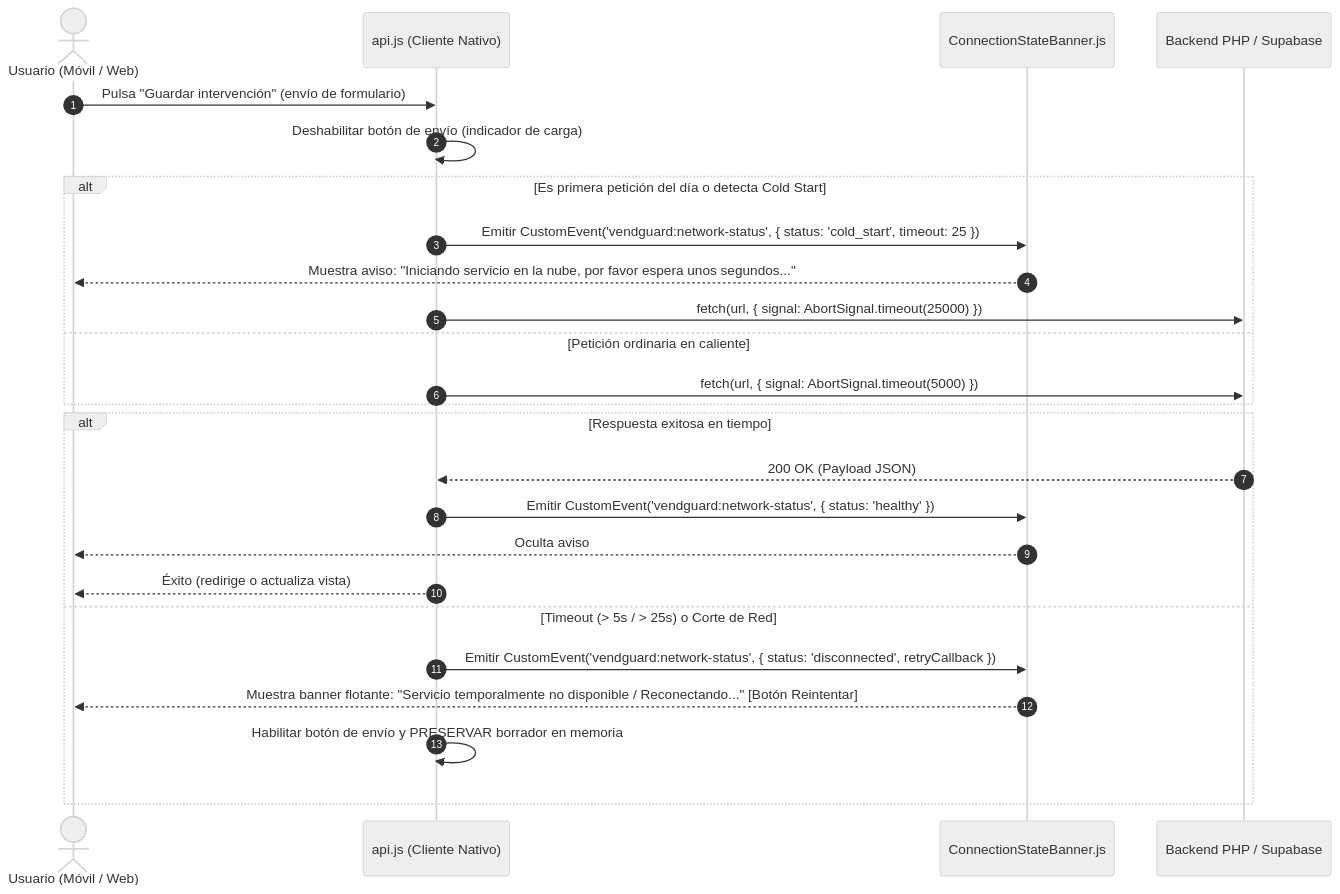
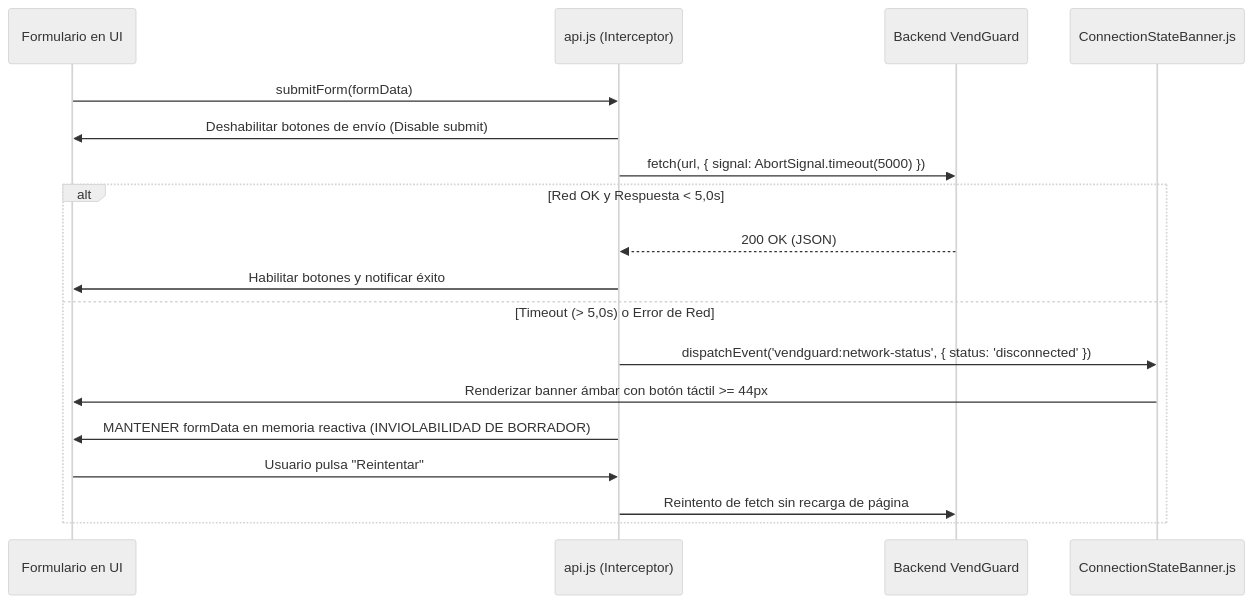
One commit to Rugsoft/VendGuard changed the second of 3 diagrams in specs/12-hybrid-supabase-migration/plan.md. Above: the diagram before and after it, drawn with Mermaid (neutral theme). The commit also changed other lines of this file and 2 other files, not shown here.

````diff
--- a/specs/12-hybrid-supabase-migration/plan.md
+++ b/specs/12-hybrid-supabase-migration/plan.md
@@ -191,29 +203,21 @@
 ```mermaid
 sequenceDiagram
-    autonumber
-    actor User as Usuario (Móvil / Web)
-    participant Client as api.js (Cliente Nativo)
+    participant UI as Formulario en UI
+    participant API as api.js (Interceptor)
+    participant Server as Backend VendGuard
     participant Banner as ConnectionStateBanner.js
-    participant Server as Backend PHP / Supabase
 
-    User->>Client: Pulsa "Guardar intervención" (envío de formulario)
-    Client->>Client: Deshabilitar botón de envío (indicador de carga)
-    alt Es primera petición del día o detecta Cold Start
-        Client->>Banner: Emitir CustomEvent('vendguard:network-status', { status: 'cold_start', timeout: 25 })
-        Banner-->>User: Muestra aviso: "Iniciando servicio en la nube, por favor espera unos segundos..."
-        Client->>Server: fetch(url, { signal: AbortSignal.timeout(25000) })
-    else Petición ordinaria en caliente
-        Client->>Server: fetch(url, { signal: AbortSignal.timeout(5000) })
-    end
-
-    alt Respuesta exitosa en tiempo
-        Server-->>Client: 200 OK (Payload JSON)
-        Client->>Banner: Emitir CustomEvent('vendguard:network-status', { status: 'healthy' })
-        Banner-->>User: Oculta aviso
-        Client-->>User: Éxito (redirige o actualiza vista)
-    else Timeout (> 5s / > 25s) o Corte de Red
-        Client->>Banner: Emitir CustomEvent('vendguard:network-status', { status: 'disconnected', retryCallback })
-        Banner-->>User: Muestra banner flotante: "Servicio temporalmente no disponible / Reconectando..." [Botón Reintentar]
-        Client->>Client: Habilitar botón de envío y PRESERVAR borrador en memoria
+    UI->>API: submitForm(formData)
+    API->>UI: Deshabilitar botones de envío (Disable submit)
+    API->>Server: fetch(url, { signal: AbortSignal.timeout(5000) })
+    alt Red OK y Respuesta < 5,0s
+        Server-->>API: 200 OK (JSON)
+        API->>UI: Habilitar botones y notificar éxito
+    else Timeout (> 5,0s) o Error de Red
+        API->>Banner: dispatchEvent('vendguard:network-status', { status: 'disconnected' })
+        Banner->>UI: Renderizar banner ámbar con botón táctil >= 44px
+        API->>UI: MANTENER formData en memoria reactiva (INVIOLABILIDAD DE BORRADOR)
+        UI->>API: Usuario pulsa "Reintentar"
+        API->>Server: Reintento de fetch sin recarga de página
     end
 ```
````
